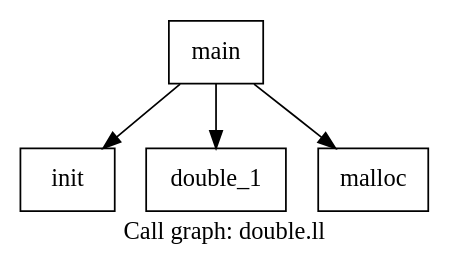
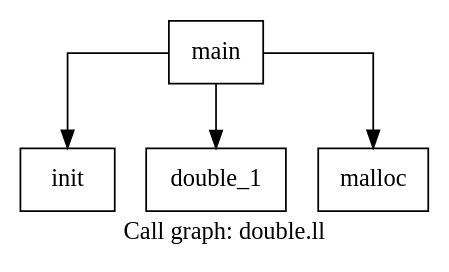
Before and after one commit to BenHoule/LLVManim: the diagram in sandbox/llvm_tools/graphviz/double.ll.callgraph.dot, drawn with Graphviz. The commit also changed 119 other files, not shown here.

First line of the commit message:
Enhance Graphviz Outputs and Update Dependencies

```diff
--- a/sandbox/llvm_tools/graphviz/double.ll.callgraph.dot
+++ b/sandbox/llvm_tools/graphviz/double.ll.callgraph.dot
@@ -1,11 +1,12 @@
 digraph "Call graph: double.ll" {
 	label="Call graph: double.ll";
+	splines=ortho;
 
 	Node0x64a5d66f5290 [shape=record,label="{init}"];
 	Node0x64a5d66f5340 [shape=record,label="{double_1}"];
 	Node0x64a5d66f53c0 [shape=record,label="{main}"];
 	Node0x64a5d66f53c0 -> Node0x64a5d66f5440;
 	Node0x64a5d66f53c0 -> Node0x64a5d66f5290;
 	Node0x64a5d66f53c0 -> Node0x64a5d66f5340;
 	Node0x64a5d66f5440 [shape=record,label="{malloc}"];
 }
```
